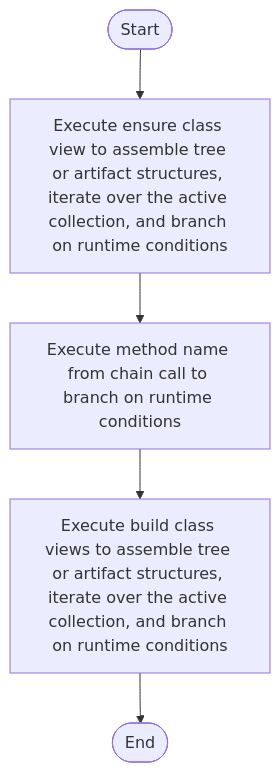
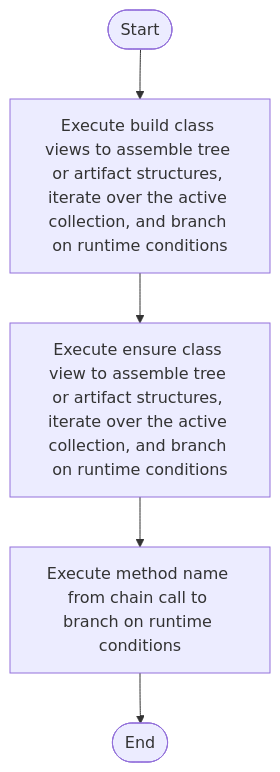
The diagram in docs/Codebase/Microservice/Modules/Source/Creational/Transform/creational_transform_evidence_model.cpp.md (JohnAndrewBalbarosa/NeoTerritory), drawn with Mermaid before and after one commit. The commit also changed 148 other files, not shown here.

````diff
--- a/docs/Codebase/Microservice/Modules/Source/Creational/Transform/creational_transform_evidence_model.cpp.md
+++ b/docs/Codebase/Microservice/Modules/Source/Creational/Transform/creational_transform_evidence_model.cpp.md
@@ -29,12 +29,12 @@
 ```mermaid
 flowchart TD
     Start([Start])
-    N0[Execute ensure class view to assemble tree or artifact structures, iterate over the active collection, and branch on runtime conditions]
-    N1[Execute method name from chain call to branch on runtime conditions]
-    N2[Execute build class views to assemble tree or artifact structures, iterate over the active collection, and branch on runtime conditions]
+    N0[Execute build class views to assemble tree or artifact structures, iterate over the active collection, and branch on runtime conditions]
+    N1[Execute ensure class view to assemble tree or artifact structures, iterate over the active collection, and branch on runtime conditions]
+    N2[Execute method name from chain call to branch on runtime conditions]
     End([End])
     Start --> N0
     N0 --> N1
     N1 --> N2
     N2 --> End
 ```
````
